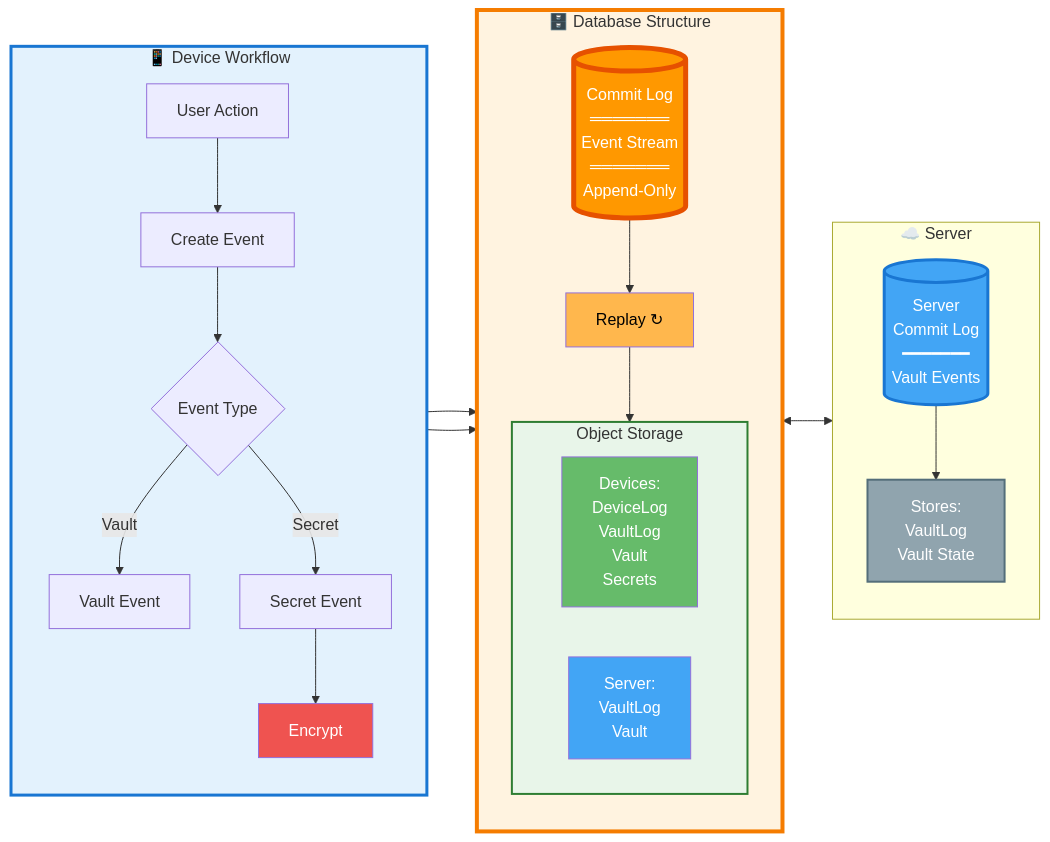
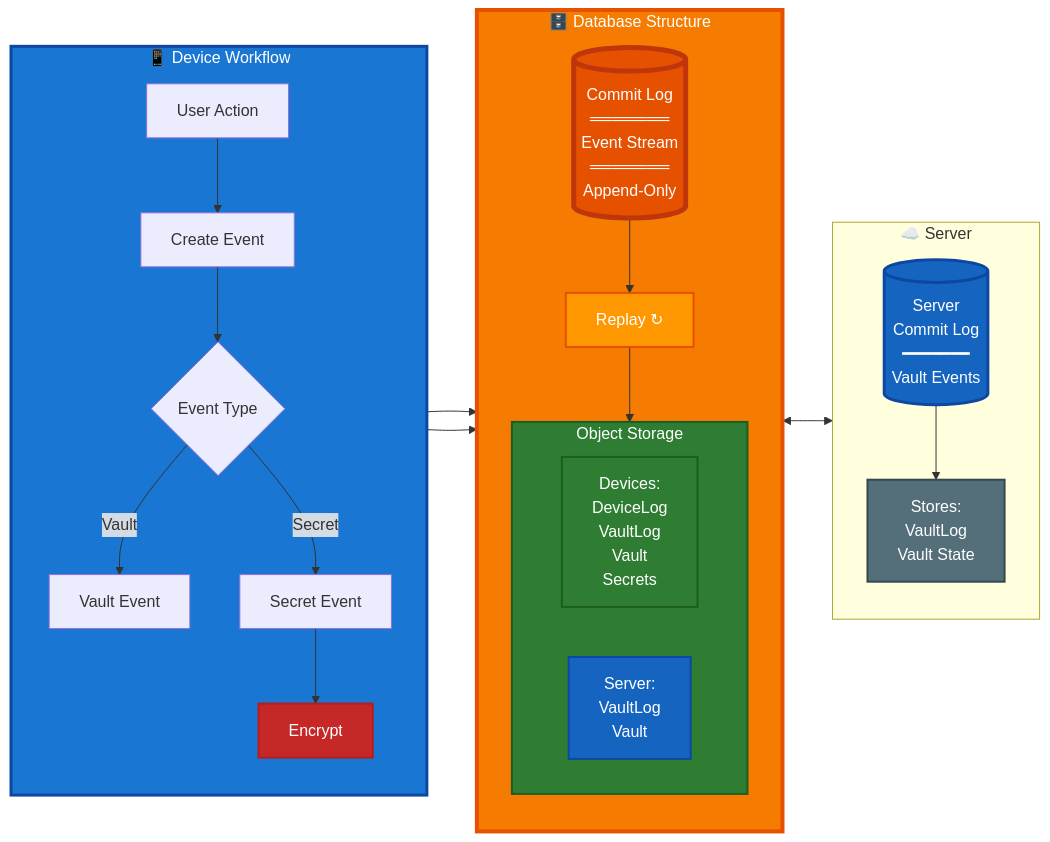
The ninth of 9 diagrams in docs/meta-secret-technical-presentation.md (meta-secret/meta-secret-core), drawn with Mermaid before and after one commit. The commit also changed other lines of this file, not shown here.

````diff
--- a/docs/meta-secret-technical-presentation.md
+++ b/docs/meta-secret-technical-presentation.md
@@ -614,50 +614,50 @@
 ```mermaid
 flowchart LR
     subgraph DEVICES["📱 Device Workflow"]
         direction TB
         USER[User Action] --> EVENT[Create Event]
         EVENT --> CHECK{Event Type}
         CHECK -->|Vault| VEVT[Vault Event]
         CHECK -->|Secret| SEVT[Secret Event]
         SEVT --> ENC[Encrypt]
     end
     
     subgraph DB["🗄️ Database Structure"]
         direction TB
         
         LOG[(Commit Log<br/>═══════<br/>Event Stream<br/>═══════<br/>Append-Only)]
         
         LOG --> BUILD[Replay ↻]
         
         subgraph OBJSTORE["Object Storage"]
             VDEV[Devices:<br/>DeviceLog<br/>VaultLog<br/>Vault<br/>Secrets]
             VSRV[Server:<br/>VaultLog<br/>Vault]
         end
         
         BUILD --> OBJSTORE
     end
     
     subgraph SERVER["☁️ Server"]
         direction TB
         SRVLOG[(Server<br/>Commit Log<br/>━━━━━━━<br/>Vault Events)]
         SRVSTORE[Stores:<br/>VaultLog<br/>Vault State]
         
         SRVLOG --> SRVSTORE
     end
     
     VEVT --> LOG
     ENC --> LOG
     
     LOG <--> SRVLOG
     
-    style LOG fill:#ff9800,color:#fff,stroke:#e65100,stroke-width:5px
-    style BUILD fill:#ffb74d,color:#000
-    style SRVLOG fill:#42a5f5,color:#fff,stroke:#1976d2,stroke-width:3px
-    style SRVSTORE fill:#90a4ae,color:#fff,stroke:#546e7a,stroke-width:2px
-    style VDEV fill:#66bb6a,color:#fff
-    style VSRV fill:#42a5f5,color:#fff
-    style ENC fill:#ef5350,color:#fff
-    style DEVICES fill:#e3f2fd,stroke:#1976d2,stroke-width:3px
-    style DB fill:#fff3e0,stroke:#f57c00,stroke-width:4px
-    style OBJSTORE fill:#e8f5e9,stroke:#2e7d32,stroke-width:2px
+    style LOG fill:#e65100,color:#fff,stroke:#bf360c,stroke-width:5px
+    style BUILD fill:#ff9800,color:#fff,stroke:#e65100,stroke-width:2px
+    style SRVLOG fill:#1565c0,color:#fff,stroke:#0d47a1,stroke-width:3px
+    style SRVSTORE fill:#546e7a,color:#fff,stroke:#37474f,stroke-width:2px
+    style VDEV fill:#2e7d32,color:#fff,stroke:#1b5e20,stroke-width:2px
+    style VSRV fill:#1565c0,color:#fff,stroke:#0d47a1,stroke-width:2px
+    style ENC fill:#c62828,color:#fff,stroke:#b71c1c,stroke-width:2px
+    style DEVICES fill:#1976d2,color:#fff,stroke:#0d47a1,stroke-width:3px
+    style DB fill:#f57c00,color:#fff,stroke:#e65100,stroke-width:4px
+    style OBJSTORE fill:#2e7d32,color:#fff,stroke:#1b5e20,stroke-width:2px
 ```
````
